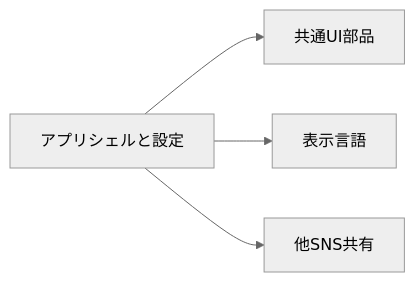
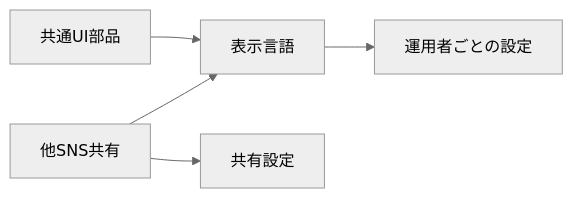
One commit to nekono-dev/skyshare changed the first of 3 diagrams in docs/architecture/common-ui.md. Above: the diagram before and after it, drawn with Mermaid (neutral theme). The commit also changed other lines of this file and 269 other files, not shown here.

````diff
--- a/docs/architecture/common-ui.md
+++ b/docs/architecture/common-ui.md
@@ -23,6 +23,7 @@
 ```mermaid
 flowchart LR
-  shell["アプリシェルと設定"] --> ui["共通UI部品"]
-  shell --> i18n["表示言語"]
-  shell --> share["他SNS共有"]
+  ui["共通UI部品"] --> i18n["表示言語"]
+  share["他SNS共有"] --> i18n
+  share --> shareset["共有設定"]
+  i18n --> site["運用者ごとの設定"]
 ```
````
